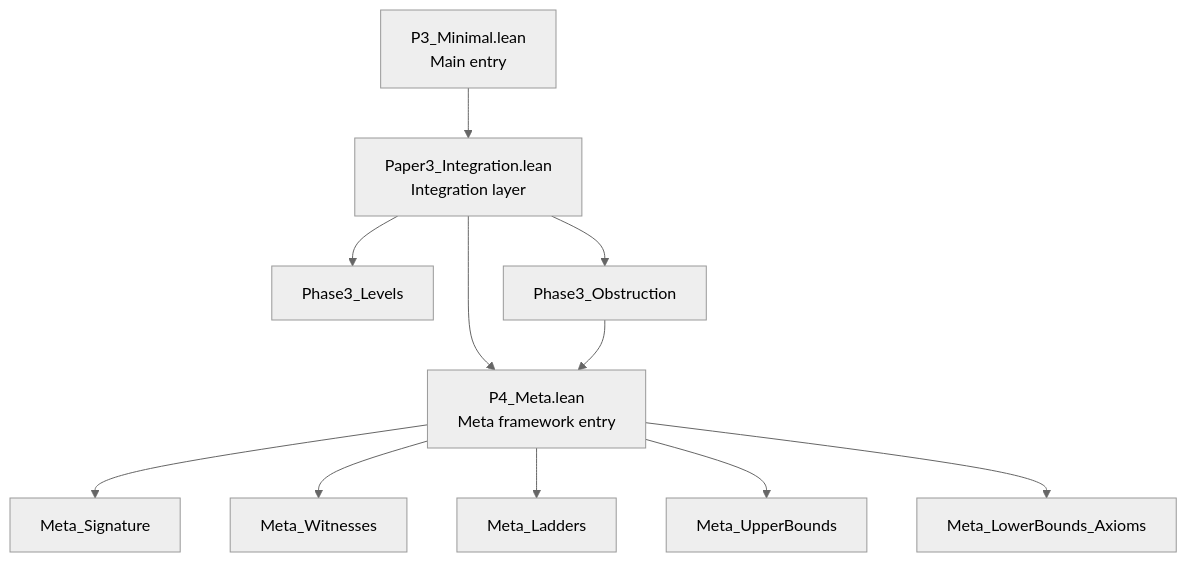
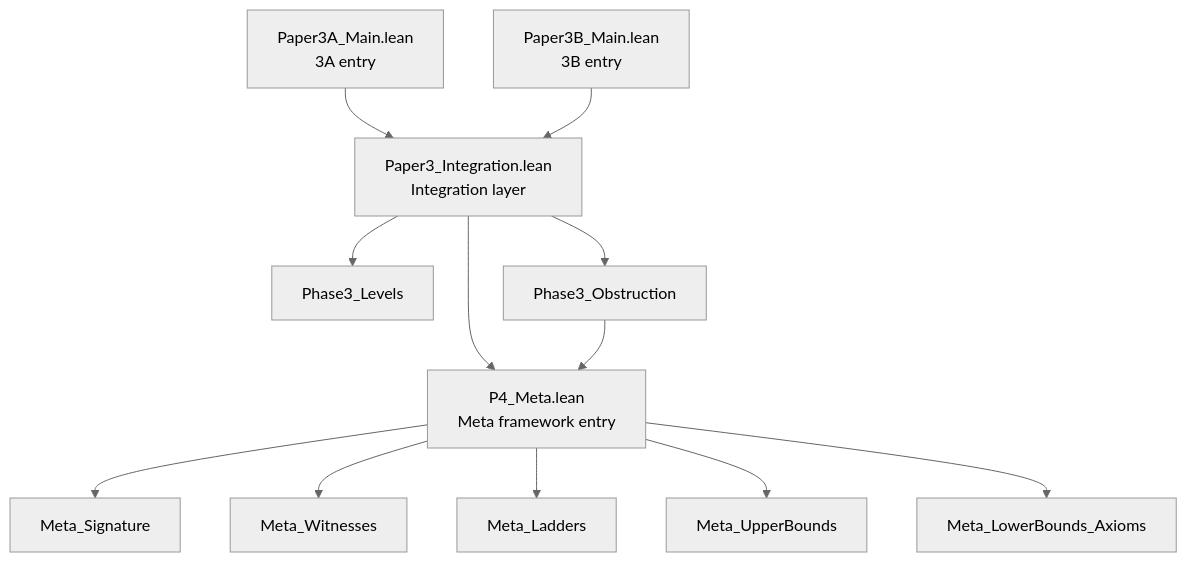
One commit to AICardiologist/FoundationRelativity changed the fourth of 4 diagrams in Papers/P3_2CatFramework/documentation/dependency-chart.md. Above: the diagram before and after it, drawn with Mermaid (neutral theme). The commit also changed other lines of this file and 13 other files, not shown here.

````diff
--- a/Papers/P3_2CatFramework/documentation/dependency-chart.md
+++ b/Papers/P3_2CatFramework/documentation/dependency-chart.md
@@ -195,33 +224,35 @@
 ```mermaid
 graph TD
     %% Entry points
-    P3_Min[P3_Minimal.lean<br/>Main entry]
+    P3A_Main[Paper3A_Main.lean<br/>3A entry]
+    P3B_Main[Paper3B_Main.lean<br/>3B entry]
     P4_Meta[P4_Meta.lean<br/>Meta framework entry]
     Paper3_Int[Paper3_Integration.lean<br/>Integration layer]
     
     %% Meta components
     Meta_Sig[Meta_Signature]
     Meta_Wit[Meta_Witnesses]
     Meta_Lad[Meta_Ladders]
     Meta_Upper[Meta_UpperBounds]
     Meta_Lower[Meta_LowerBounds_Axioms]
     
     %% Phase 3 components
     Phase3_Lev[Phase3_Levels]
     Phase3_Obs[Phase3_Obstruction]
     
     %% Assembly
-    P3_Min --> Paper3_Int
+    P3A_Main --> Paper3_Int
+    P3B_Main --> Paper3_Int
     
     Paper3_Int --> Phase3_Lev
     Paper3_Int --> Phase3_Obs
     Paper3_Int --> P4_Meta
     
     P4_Meta --> Meta_Sig
     P4_Meta --> Meta_Wit
     P4_Meta --> Meta_Lad
     P4_Meta --> Meta_Upper
     P4_Meta --> Meta_Lower
     
     Phase3_Obs --> P4_Meta
 ```
````
